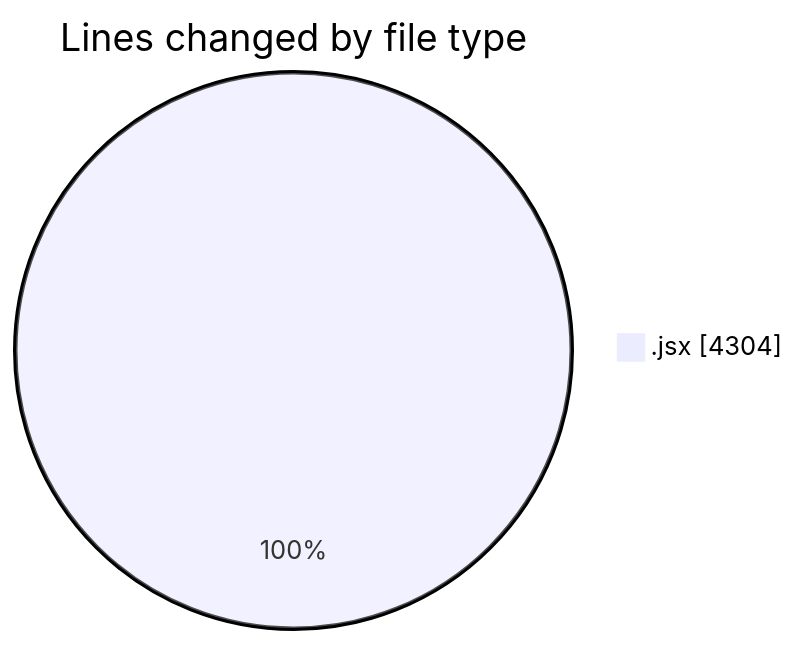
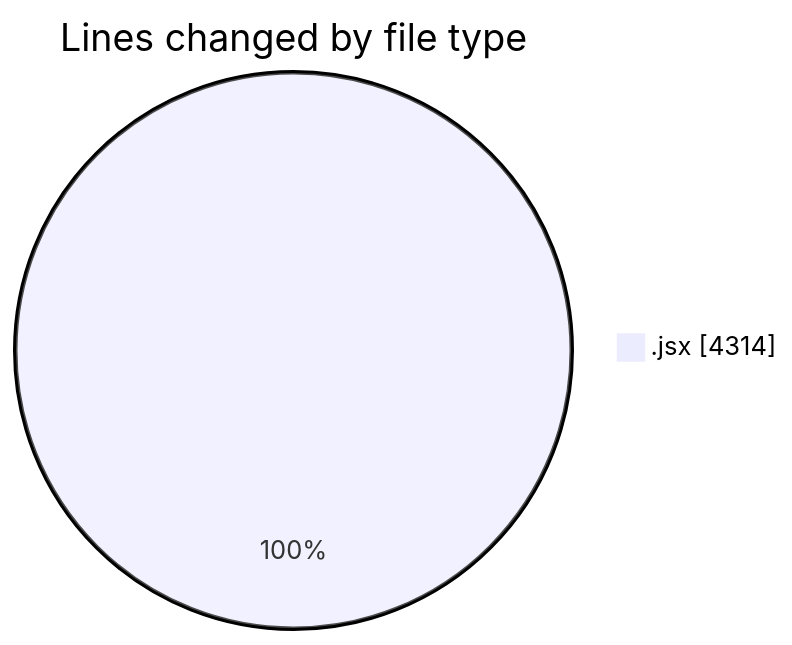
Before and after one commit to nxtqubesakshisongat/code-tracking: the first of 2 diagrams in 2025-06-02/nxtqube_webapp/README.md, drawn with Mermaid. The commit also changed other lines of this file and 1 other file, not shown here.

````diff
--- a/2025-06-02/nxtqube_webapp/README.md
+++ b/2025-06-02/nxtqube_webapp/README.md
@@ -21,5 +21,5 @@
 ```mermaid
 pie showData
 title Lines changed by file type
-".jsx" : 4304
+".jsx" : 4314
 ```
````
